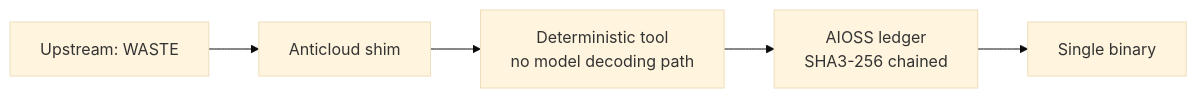
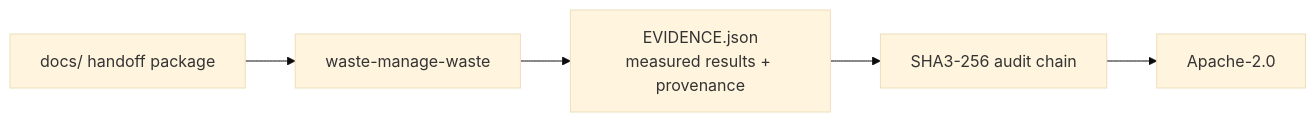
Before and after one commit to the-anticloud/waste-manage-waste: the diagram in README.md, drawn with Mermaid (base theme). The commit also changed other lines of this file and 7 other files, not shown here.

````diff
--- a/README.md
+++ b/README.md
@@ -11,7 +22,7 @@
 ```mermaid
 graph LR
-    U[Upstream: WASTE] --> S[Anticloud shim]
-    S --> T[Deterministic tool<br/>no model decoding path]
-    T --> A[AIOSS ledger<br/>SHA3-256 chained]
-    A --> B[Single binary]
+    D[docs/ handoff package] --> R[waste-manage-waste]
+    R --> E[EVIDENCE.json\nmeasured results + provenance]
+    E --> A[SHA3-256 audit chain]
+    A --> L[Apache-2.0]
 ```
````
